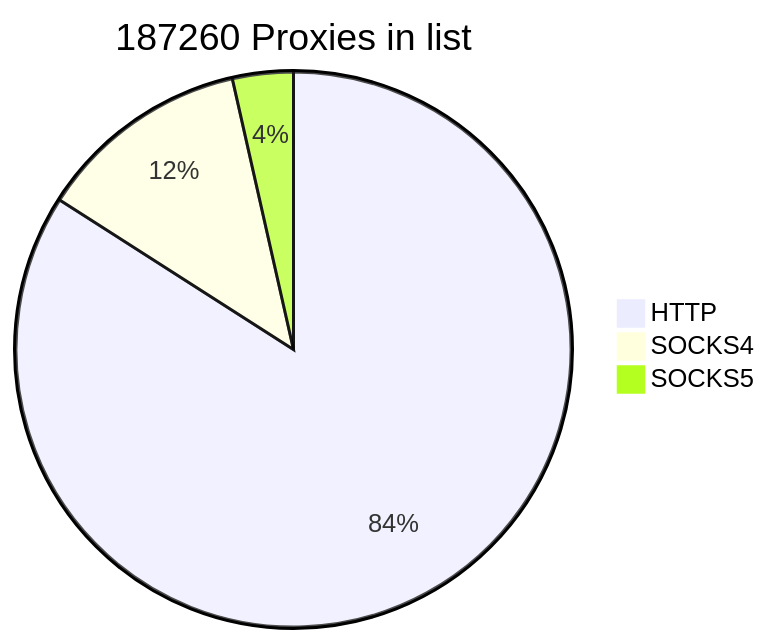
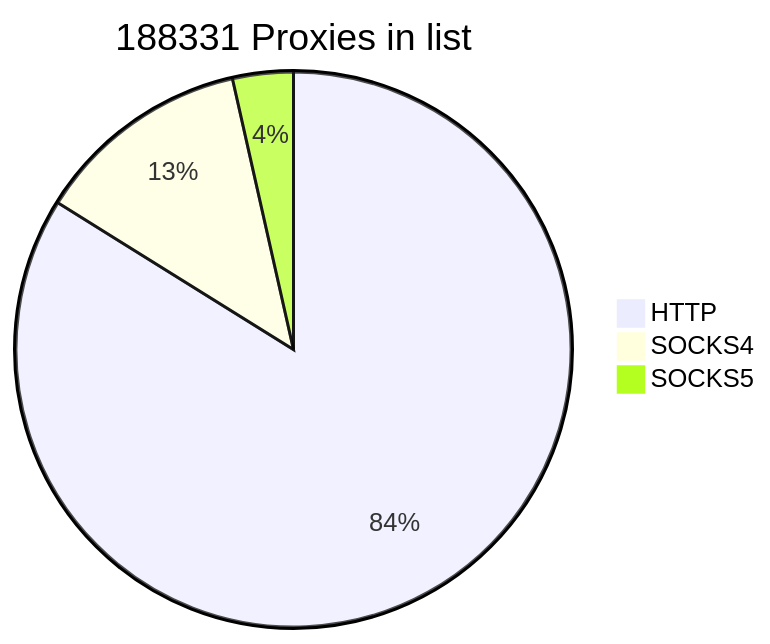
One commit to cutipu/proxylist changed the first of 2 diagrams in README.md. Above: the diagram before and after it, drawn with Mermaid. The commit also changed other lines of this file, not shown here.

````diff
--- a/README.md
+++ b/README.md
@@ -2,7 +2,7 @@
 ```mermaid
-pie title 187260 Proxies in list
-    "HTTP" : 157404
-    "SOCKS4" : 23236
-    "SOCKS5" : 6620
+pie title 188331 Proxies in list
+    "HTTP" : 157944
+    "SOCKS4" : 23742
+    "SOCKS5" : 6645
             
 ```
````
